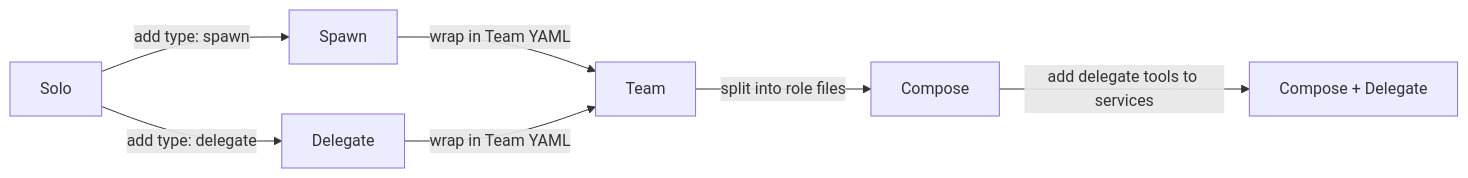
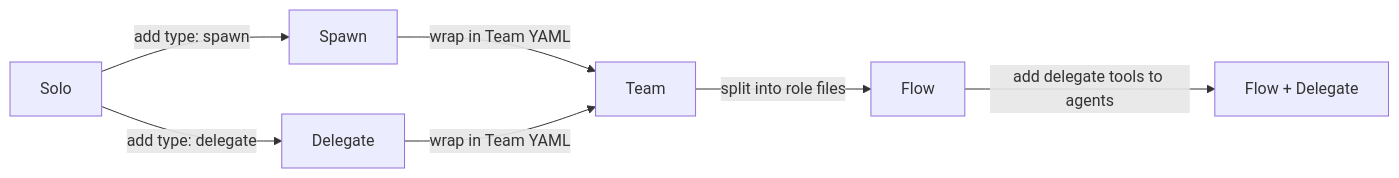
One commit to vladkesler/initrunner changed the seventh of 7 diagrams in docs/orchestration/patterns-guide.md. Above: the diagram before and after it, drawn with Mermaid. The commit also changed other lines of this file and 242 other files, not shown here.

````diff
--- a/docs/orchestration/patterns-guide.md
+++ b/docs/orchestration/patterns-guide.md
@@ -475,9 +475,9 @@
 ```mermaid
 flowchart LR
     Solo -->|add type: spawn| Spawn
     Solo -->|add type: delegate| Delegate
     Spawn -->|wrap in Team YAML| Team
     Delegate -->|wrap in Team YAML| Team
-    Team -->|split into role files| Compose
-    Compose -->|add delegate tools to services| CD[Compose + Delegate]
+    Team -->|split into role files| Flow
+    Flow -->|add delegate tools to agents| FD[Flow + Delegate]
 ```
````
